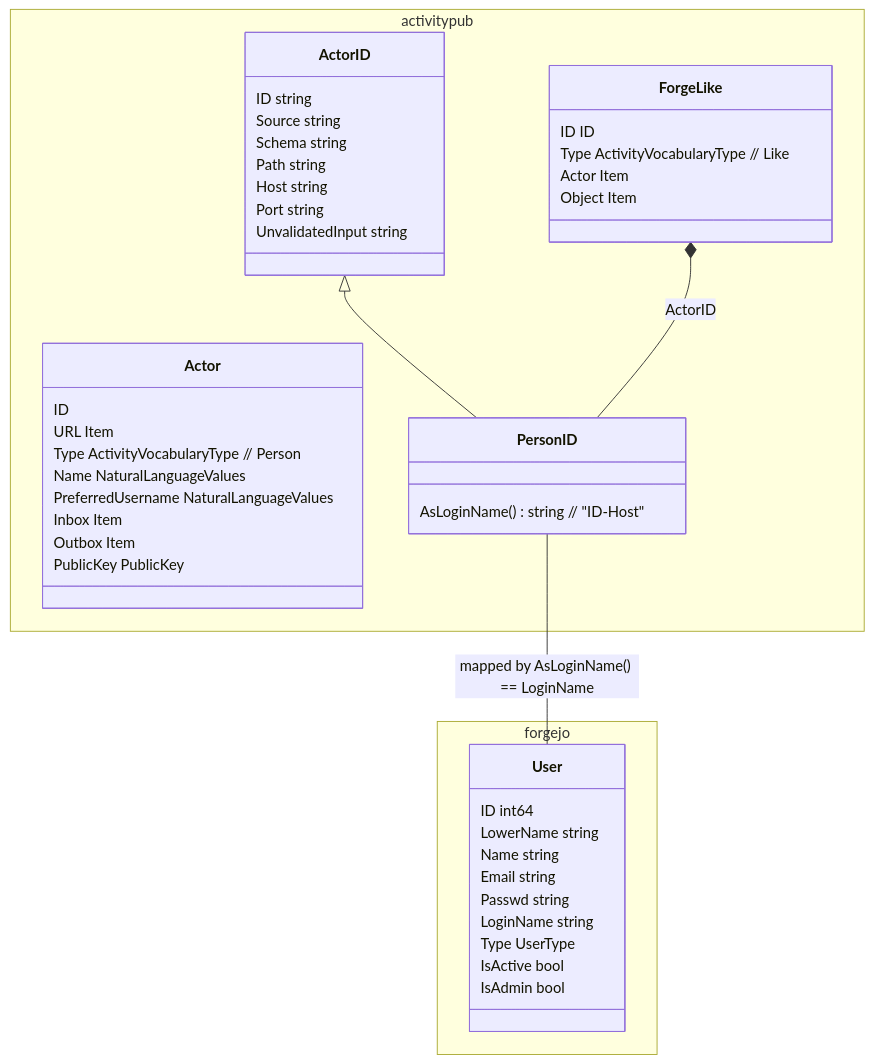
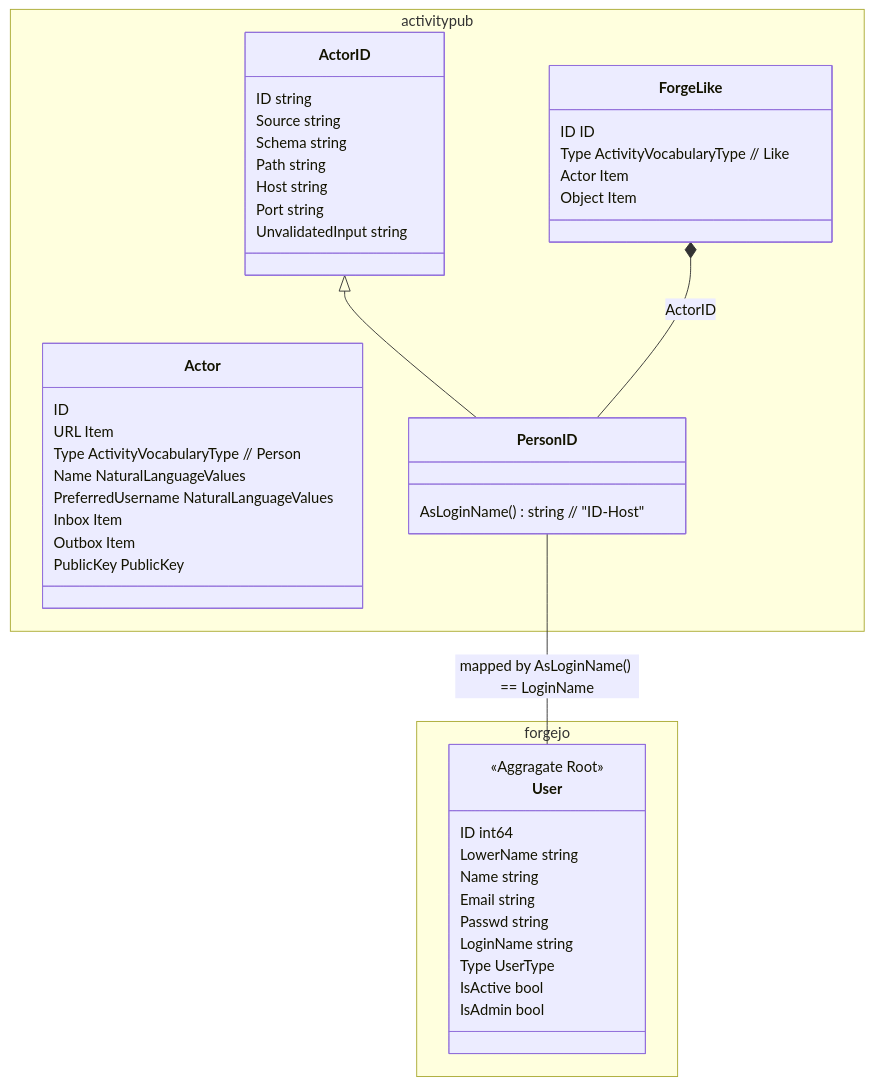
Before and after one commit to yonasBSD/forgejo: the first of 4 diagrams in docs/unsure-where-to-put/adr-map-federated-person.md, drawn with Mermaid. The commit also changed other lines of this file, not shown here.

````diff
--- a/docs/unsure-where-to-put/adr-map-federated-person.md
+++ b/docs/unsure-where-to-put/adr-map-federated-person.md
@@ -29,52 +42,53 @@
 ```mermaid
 classDiagram
   namespace activitypub {
     class ForgeLike {
       ID ID
       Type ActivityVocabularyType // Like
       Actor Item
       Object Item
     }
     class Actor {
       ID
       URL Item
       Type ActivityVocabularyType // Person
       Name NaturalLanguageValues
       PreferredUsername NaturalLanguageValues
       Inbox Item
       Outbox Item
       PublicKey PublicKey
     }
     class ActorID {
       ID               string
       Source           string
       Schema           string
       Path             string
       Host             string
       Port             string
       UnvalidatedInput string
     }
     class PersonID {
       AsLoginName() string // "ID-Host"
     }
   }
 
   ActorID <|-- PersonID
   ForgeLike *-- PersonID: ActorID
 
   namespace forgejo {
     class User {
+      <<Aggragate Root>>
       ID        int64 
       LowerName string
       Name      string
       Email     string
       Passwd    string
       LoginName   string
       Type        UserType
       IsActive bool
       IsAdmin bool
     }
   }
 
   PersonID -- User: mapped by AsLoginName() == LoginName
 ```
````
